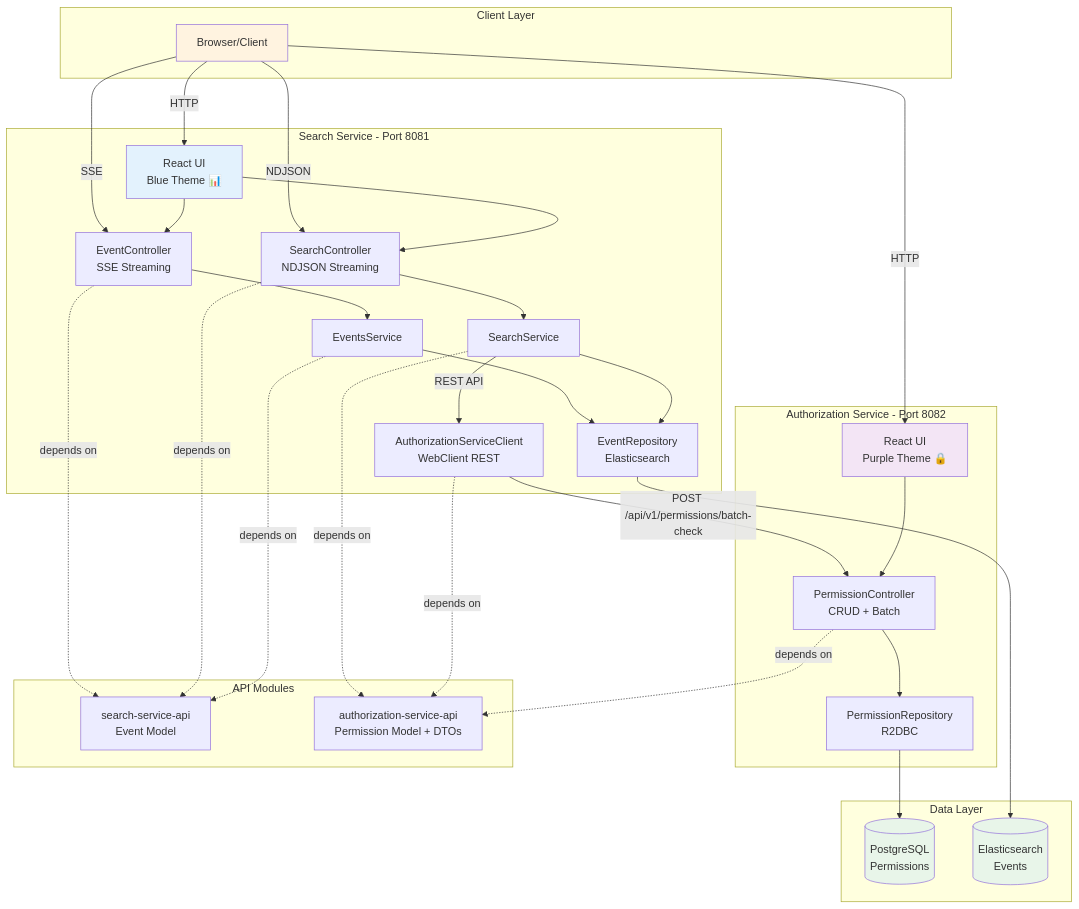
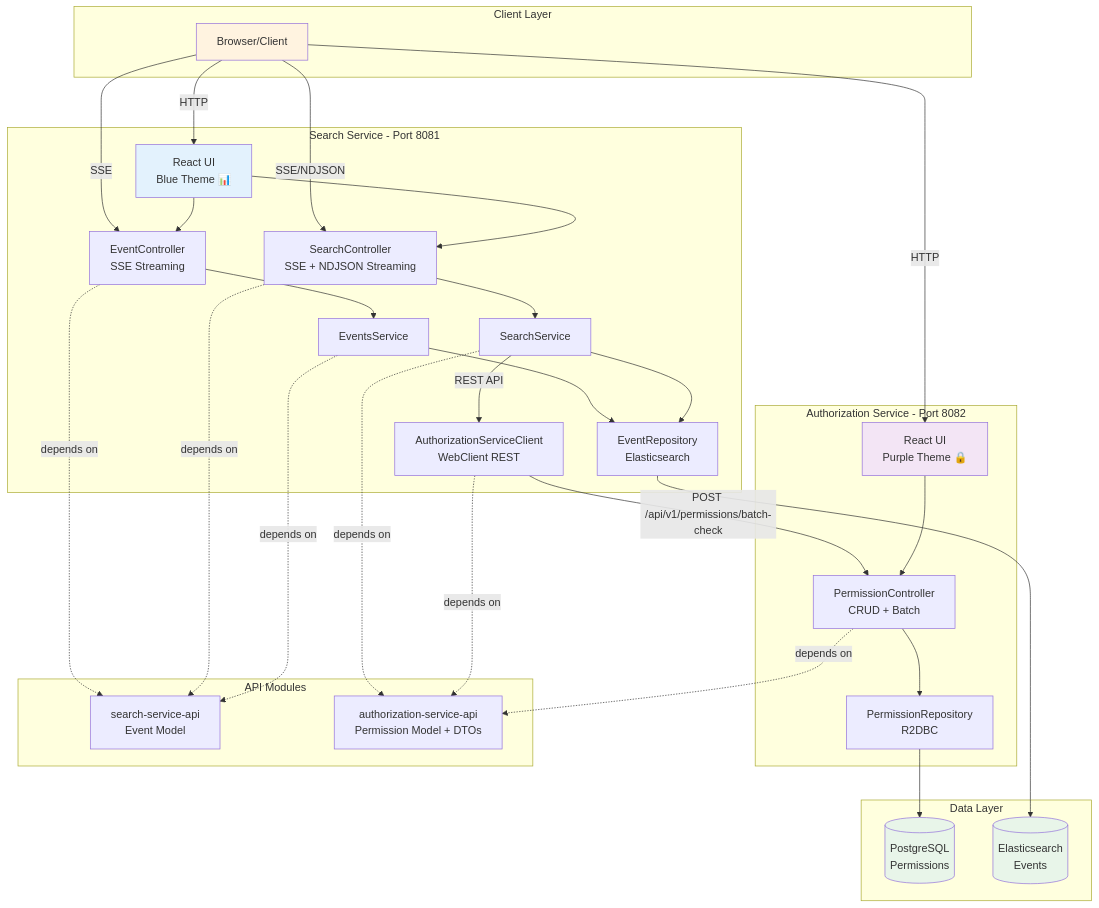
One commit to sha1n/webflux-sse changed the diagram in README.md. Above: the diagram before and after it, drawn with Mermaid. The commit also changed other lines of this file and 11 other files, not shown here.

Commit message:
added sse based search API + UI

````diff
--- a/README.md
+++ b/README.md
@@ -26,68 +26,68 @@
 ```mermaid
 graph TB
     subgraph "Client Layer"
         Browser[Browser/Client]
     end
 
     subgraph "Search Service - Port 8081"
         SearchUI[React UI<br/>Blue Theme 📊]
         EventController[EventController<br/>SSE Streaming]
-        SearchController[SearchController<br/>NDJSON Streaming]
+        SearchController[SearchController<br/>SSE + NDJSON Streaming]
         EventsService[EventsService]
         SearchService[SearchService]
         EventRepo[EventRepository<br/>Elasticsearch]
         AuthClient[AuthorizationServiceClient<br/>WebClient REST]
     end
 
     subgraph "Authorization Service - Port 8082"
         AuthUI[React UI<br/>Purple Theme 🔒]
         PermController[PermissionController<br/>CRUD + Batch]
         PermRepo[PermissionRepository<br/>R2DBC]
     end
 
     subgraph "API Modules"
         SearchAPI[search-service-api<br/>Event Model]
         AuthAPI[authorization-service-api<br/>Permission Model + DTOs]
     end
 
     subgraph "Data Layer"
         Postgres[(PostgreSQL<br/>Permissions)]
         Elastic[(Elasticsearch<br/>Events)]
     end
 
     Browser -->|HTTP| SearchUI
     Browser -->|HTTP| AuthUI
     Browser -->|SSE| EventController
-    Browser -->|NDJSON| SearchController
+    Browser -->|SSE/NDJSON| SearchController
 
     SearchUI --> EventController
     SearchUI --> SearchController
     EventController --> EventsService
     SearchController --> SearchService
 
     EventsService --> EventRepo
     SearchService --> EventRepo
     SearchService -->|REST API| AuthClient
 
     AuthClient -->|POST /api/v1/permissions/batch-check| PermController
 
     AuthUI --> PermController
     PermController --> PermRepo
 
     EventRepo --> Elastic
     PermRepo --> Postgres
 
     EventController -.depends on.-> SearchAPI
     SearchController -.depends on.-> SearchAPI
     EventsService -.depends on.-> SearchAPI
     SearchService -.depends on.-> AuthAPI
 
     PermController -.depends on.-> AuthAPI
     AuthClient -.depends on.-> AuthAPI
 
     style SearchUI fill:#e3f2fd
     style AuthUI fill:#f3e5f5
     style Browser fill:#fff3e0
     style Postgres fill:#e8f5e9
     style Elastic fill:#e8f5e9
 ```
````
